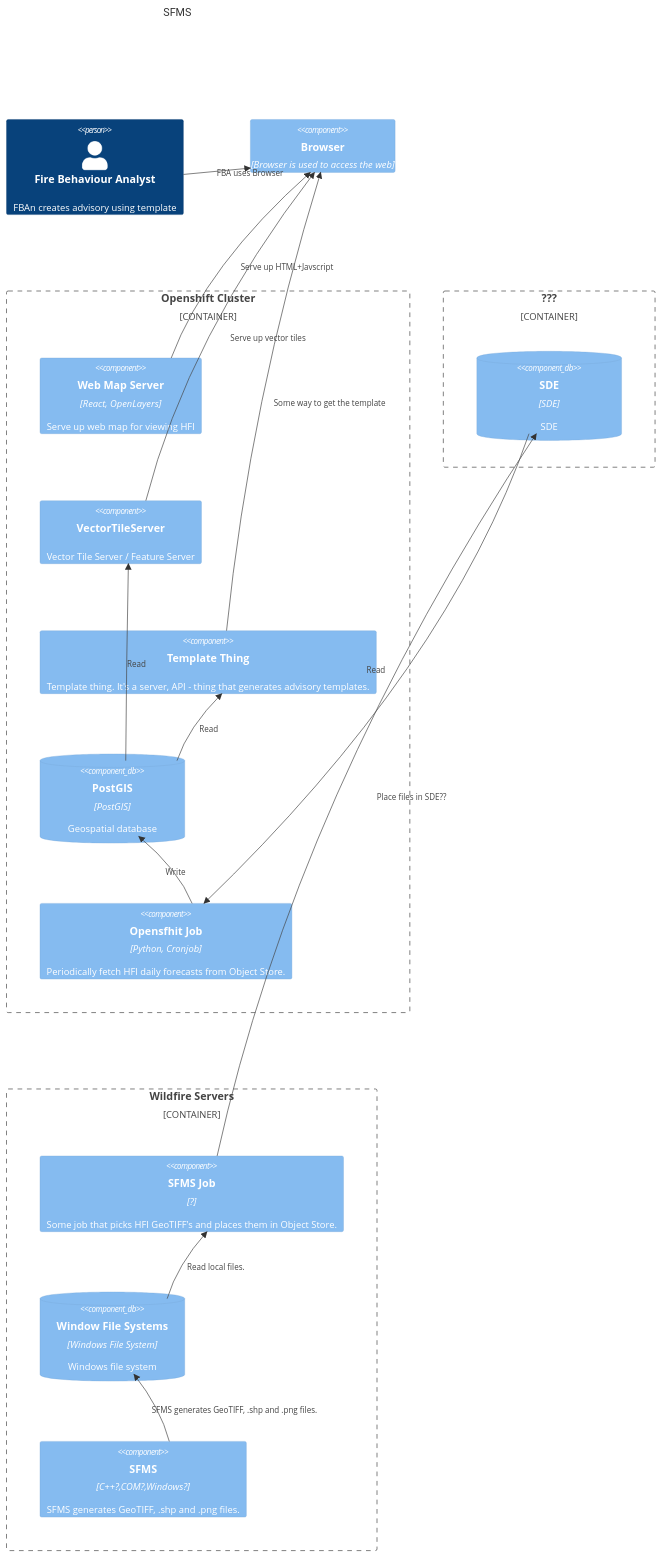
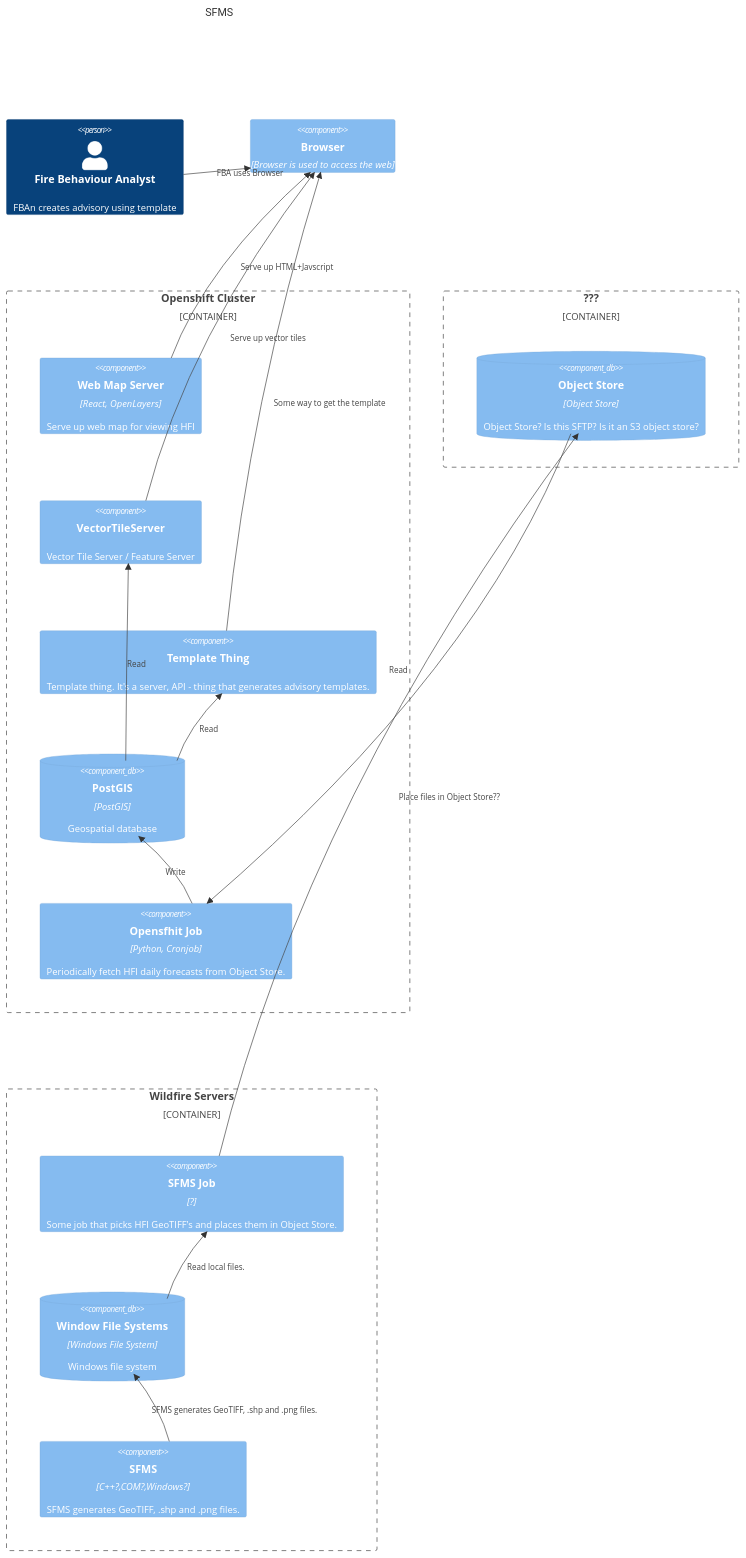
Before and after one commit to bcgov/wps: the first of 3 diagrams in architecture/sffms.md, drawn with Mermaid.

Commit message:
parts keep changing as we learn more!

````diff
--- a/architecture/sffms.md
+++ b/architecture/sffms.md
@@ -5,40 +5,40 @@
 ```mermaid
 C4Container
 title SFMS
 
 Person(FBA, "Fire Behaviour Analyst", "FBAn creates advisory using template")
 Component(Browser, "Browser", "Browser is used to access the web")
 
 Rel(FBA, Browser, "FBA uses Browser")
 Rel(WebMap, Browser, "Serve up HTML+Javscript")
 Rel(VectorTileServer, Browser, "Serve up vector tiles")
 Rel(TemplateThing, Browser, "Some way to get the template")
 
 
 Container_Boundary(Openshift, "Openshift Cluster") {
     Component(WebMap, "Web Map Server", "React, OpenLayers", "Serve up web map for viewing HFI")
     Component(VectorTileServer, "VectorTileServer", "", "Vector Tile Server / Feature Server")
     Component(TemplateThing, "Template Thing", "", "Template thing. It's a server, API - thing that generates advisory templates.")
     ComponentDb(PostGIS, "PostGIS", "PostGIS", "Geospatial database")
     Component(PSU_FETCH_JOB, "Opensfhit Job", "Python, Cronjob", "Periodically fetch HFI daily forecasts from Object Store.")
 
-    Rel(SDE, PSU_FETCH_JOB, "Read")
+    Rel(Object Store, PSU_FETCH_JOB, "Read")
     Rel(PSU_FETCH_JOB, PostGIS, "Write")
     Rel(PostGIS, VectorTileServer, "Read")
     Rel(PostGIS, TemplateThing, "Read")
 }
 
-Container_Boundary(SDE, "???") {
-    ComponentDb(SDE, "SDE", "SDE", "SDE")
+Container_Boundary(Object Store, "???") {
+    ComponentDb(Object Store, "Object Store", "Object Store", "Object Store? Is this SFTP? Is it an S3 object store?")
 }
 
 Container_Boundary(WildfireServers, "Wildfire Servers") {
     Component(SFMS_JOB, "SFMS Job", "?", "Some job that picks HFI GeoTIFF's and places them in Object Store.")
     ComponentDb(SFMSFileSystem, "Window File Systems", "Windows File System", "Windows file system")
     Component(SFMS, "SFMS", "C++?,COM?,Windows?", "SFMS generates GeoTIFF, .shp and .png files.")
 
     Rel(SFMS, SFMSFileSystem, "SFMS generates GeoTIFF, .shp and .png files.")
     Rel(SFMSFileSystem, SFMS_JOB, "Read local files.")
-    Rel(SFMS_JOB, SDE, "Place files in SDE??")
+    Rel(SFMS_JOB, Object Store, "Place files in Object Store??")
 }
 ```
````
